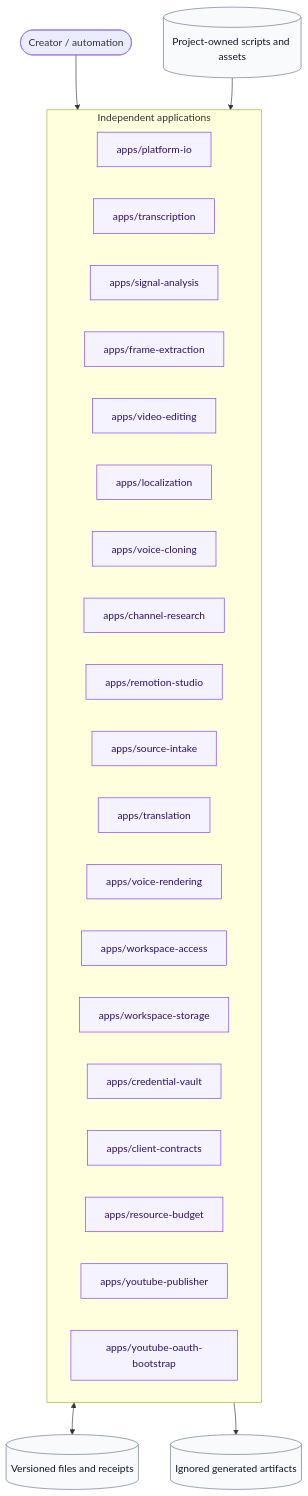
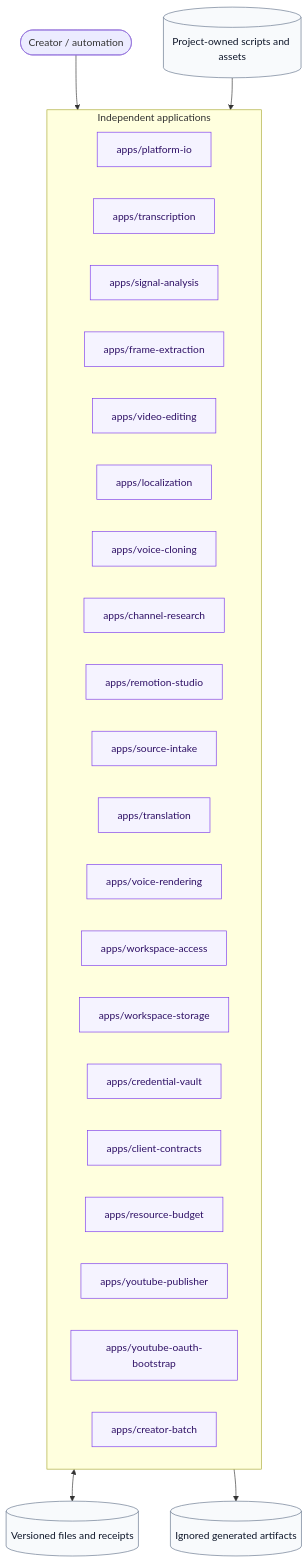
Before and after one commit to wohuishuo/cc-video-pipeline: the second of 2 diagrams in README.md, drawn with Mermaid. The commit also changed other lines of this file and 42 other files, not shown here.

Commit message:
feat: add creator batch localization loop

````diff
--- a/README.md
+++ b/README.md
@@ -84,38 +87,39 @@
 ```mermaid
 flowchart TB
     user([Creator / automation])
     subgraph apps[Independent applications]
       A[apps/platform-io]
       B[apps/transcription]
       C[apps/signal-analysis]
       D[apps/frame-extraction]
       E[apps/video-editing]
       F[apps/localization]
       G[apps/voice-cloning]
       H[apps/channel-research]
       I[apps/remotion-studio]
       J[apps/source-intake]
       K[apps/translation]
       L[apps/voice-rendering]
       M[apps/workspace-access]
       N[apps/workspace-storage]
       O[apps/credential-vault]
       P[apps/client-contracts]
       Q[apps/resource-budget]
       R[apps/youtube-publisher]
       S[apps/youtube-oauth-bootstrap]
+      T[apps/creator-batch]
     end
     contracts[(Versioned files and receipts)]
     projects[(Project-owned scripts and assets)]
     outputs[(Ignored generated artifacts)]
 
     user --> apps
     apps <--> contracts
     projects --> apps
     apps --> outputs
 
     classDef boundary fill:#f5f3ff,stroke:#7c3aed,color:#2e1065;
     classDef data fill:#f8fafc,stroke:#64748b,color:#0f172a;
-    class A,B,C,D,E,F,G,H,I,J,K,L,M,N,O,P,Q,R,S boundary;
+    class A,B,C,D,E,F,G,H,I,J,K,L,M,N,O,P,Q,R,S,T boundary;
     class contracts,projects,outputs data;
 ```
````
